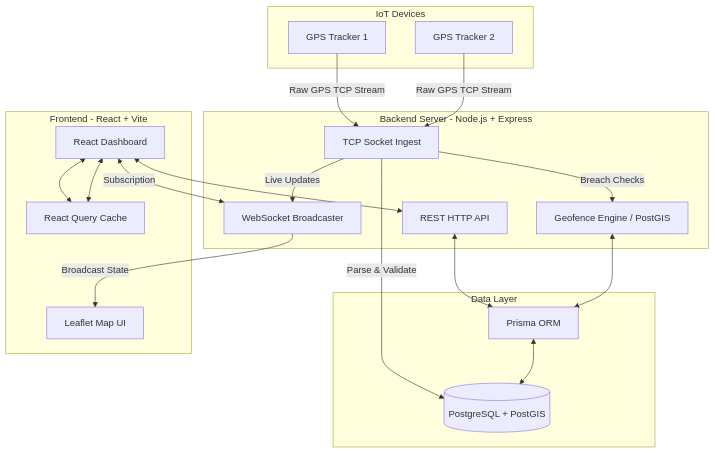
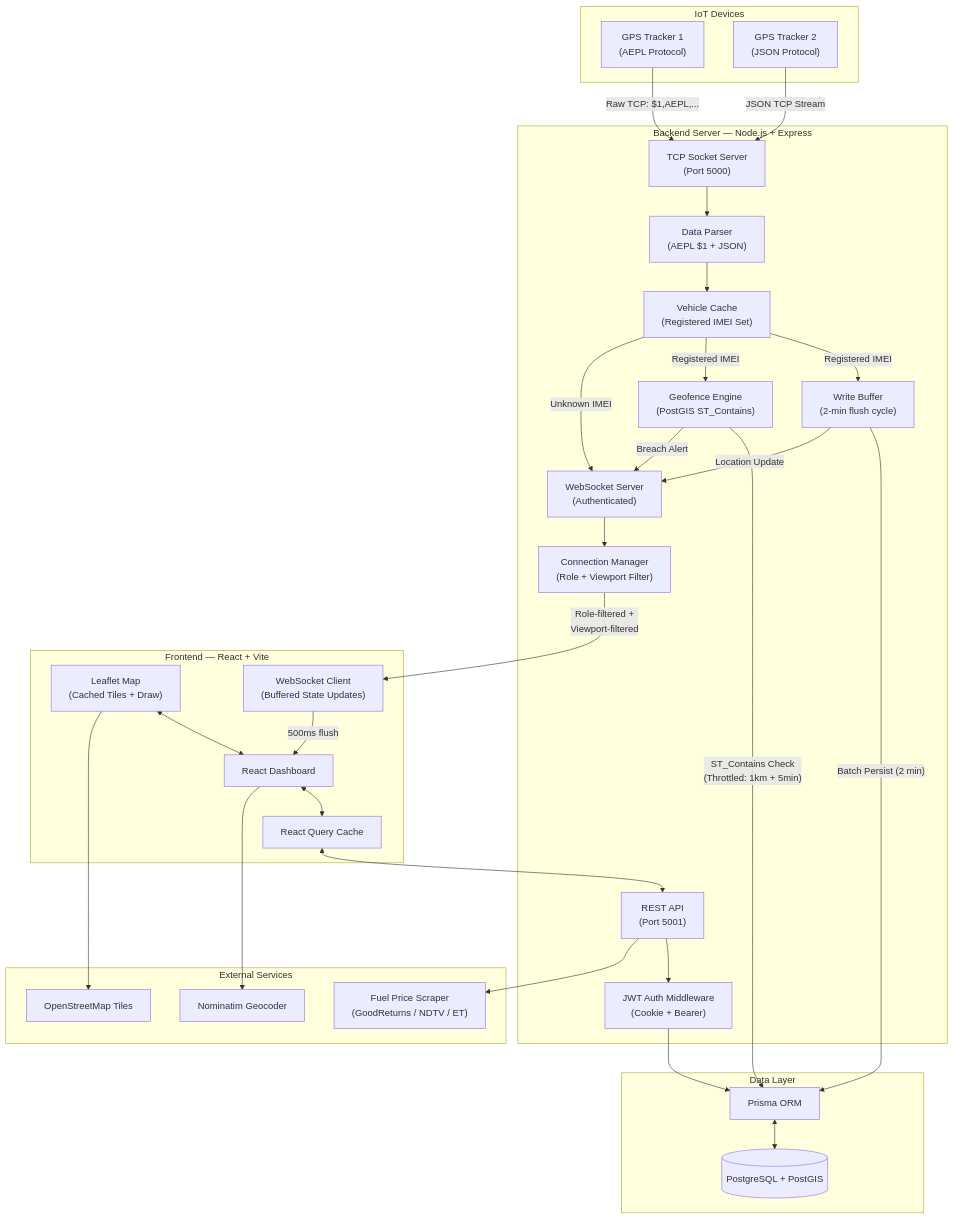
One commit to therisewebd-bee/exxomatic changed the first of 2 diagrams in README.md. Above: the diagram before and after it, drawn with Mermaid. The commit also changed other lines of this file and 18 other files, not shown here.

````diff
--- a/README.md
+++ b/README.md
@@ -23,43 +31,70 @@
 ```mermaid
 graph TD
-    subgraph IoT Devices
-        T1[GPS Tracker 1]
-        T2[GPS Tracker 2]
+    subgraph "IoT Devices"
+        T1["GPS Tracker 1<br/>(AEPL Protocol)"]
+        T2["GPS Tracker 2<br/>(JSON Protocol)"]
     end
 
-    subgraph Backend Server - Node.js + Express
-        TCP[TCP Socket Ingest]
-        API[REST HTTP API]
-        WS[WebSocket Broadcaster]
-        GEO[Geofence Engine / PostGIS]
+    subgraph "Backend Server — Node.js + Express"
+        TCP["TCP Socket Server<br/>(Port 5000)"]
+        PARSER["Data Parser<br/>(AEPL $1 + JSON)"]
+        BUFFER["Write Buffer<br/>(2-min flush cycle)"]
+        CACHE["Vehicle Cache<br/>(Registered IMEI Set)"]
+        GEO["Geofence Engine<br/>(PostGIS ST_Contains)"]
+        API["REST API<br/>(Port 5001)"]
+        AUTH["JWT Auth Middleware<br/>(Cookie + Bearer)"]
+        WS["WebSocket Server<br/>(Authenticated)"]
+        CONN["Connection Manager<br/>(Role + Viewport Filter)"]
     end
 
-    subgraph Data Layer
-        DB[(PostgreSQL + PostGIS)]
-        PRISMA[Prisma ORM]
+    subgraph "Data Layer"
+        DB[("PostgreSQL + PostGIS")]
+        PRISMA["Prisma ORM"]
     end
 
-    subgraph Frontend - React + Vite
-        UI[React Dashboard]
-        RQ[React Query Cache]
-        MAP[Leaflet Map UI]
+    subgraph "Frontend — React + Vite"
+        UI["React Dashboard"]
+        RQ["React Query Cache"]
+        MAP["Leaflet Map<br/>(Cached Tiles + Draw)"]
+        WSC["WebSocket Client<br/>(Buffered State Updates)"]
     end
 
-    %% Flow
-    T1 -- Raw GPS TCP Stream --> TCP
-    T2 -- Raw GPS TCP Stream --> TCP
-    
-    TCP -- Parse & Validate --> DB
-    TCP -- Breach Checks --> GEO
-    TCP -- Live Updates --> WS
-    
-    API <--> PRISMA
+    subgraph "External Services"
+        OSM["OpenStreetMap Tiles"]
+        NOM["Nominatim Geocoder"]
+        FUEL["Fuel Price Scraper<br/>(GoodReturns / NDTV / ET)"]
+    end
+
+    %% IoT → Backend Flow
+    T1 -- "Raw TCP: $1,AEPL,..." --> TCP
+    T2 -- "JSON TCP Stream" --> TCP
+    TCP --> PARSER
+    PARSER --> CACHE
+
+    CACHE -- "Registered IMEI" --> BUFFER
+    CACHE -- "Registered IMEI" --> GEO
+    CACHE -- "Unknown IMEI" --> WS
+
+    BUFFER -- "Batch Persist (2 min)" --> PRISMA
+    GEO -- "ST_Contains Check<br/>(Throttled: 1km + 5min)" --> PRISMA
+
+    %% API Flow
+    API --> AUTH
+    AUTH --> PRISMA
     PRISMA <--> DB
-    GEO <--> PRISMA
-    
-    UI <--> API
+
+    %% Real-time Flow
+    GEO -- "Breach Alert" --> WS
+    BUFFER -- "Location Update" --> WS
+    WS --> CONN
+    CONN -- "Role-filtered +<br/>Viewport-filtered" --> WSC
+
+    %% Frontend Flow
     UI <--> RQ
-    RQ <--> UI
-    UI <-- Subscription --> WS
-    WS -- Broadcast State --> MAP
+    RQ <--> API
+    WSC -- "500ms flush" --> UI
+    MAP <--> UI
+    MAP --> OSM
+    UI --> NOM
+    API --> FUEL
 ```
````
